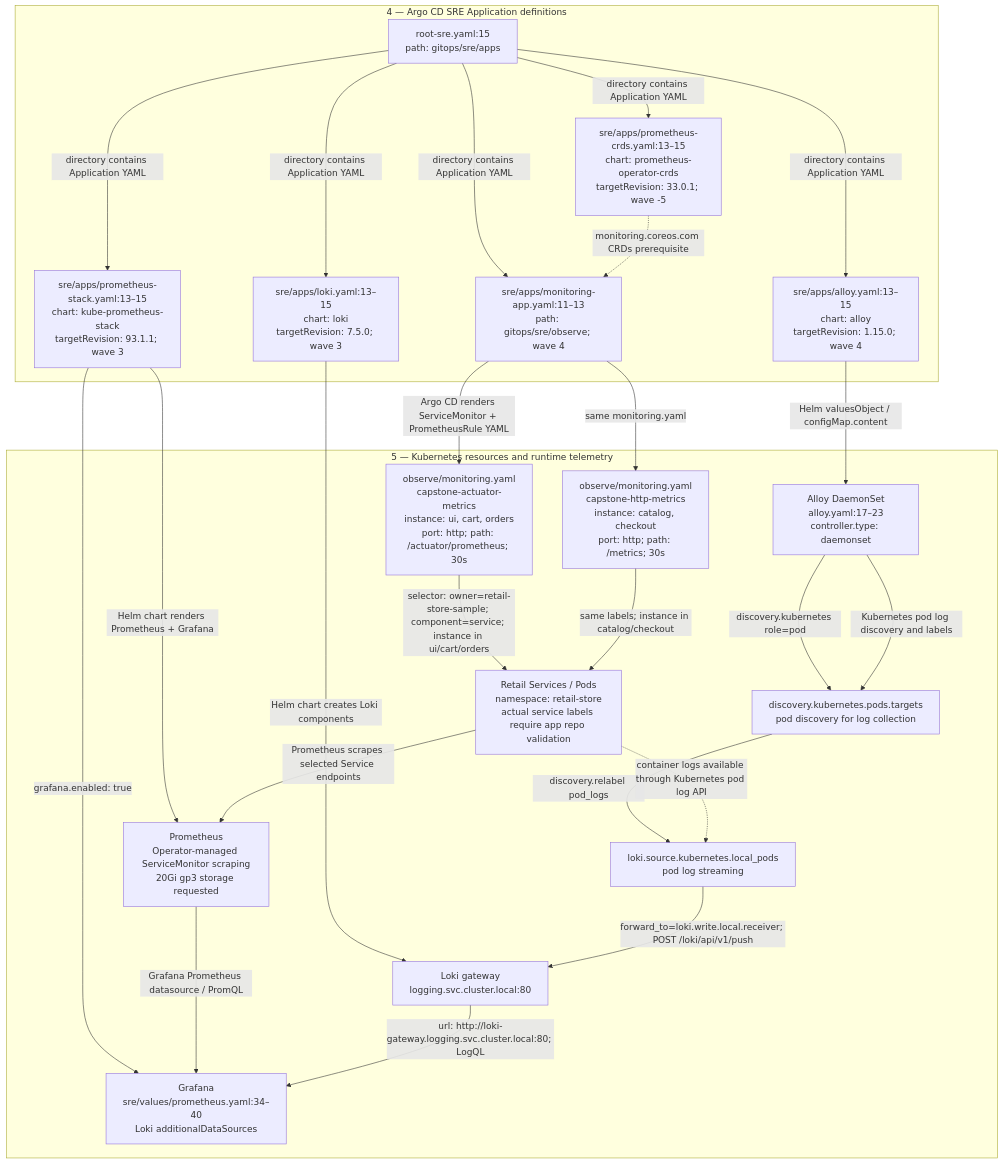
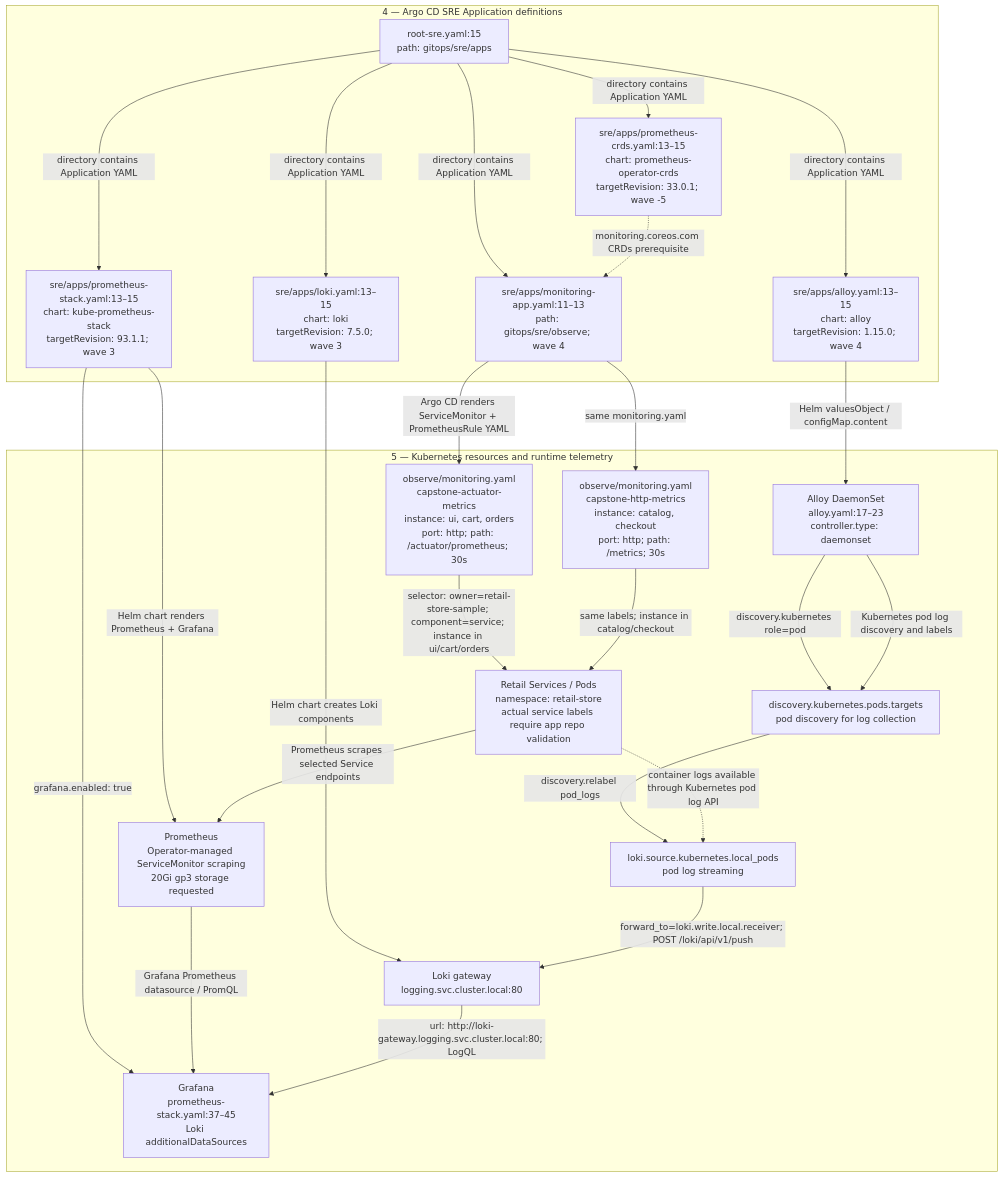
One commit to eugenewongyj/cloud-ntu-capstone-group2-infra changed the second of 12 diagrams in gitops/README.md. Above: the diagram before and after it, drawn with Mermaid. The commit also changed other lines of this file, not shown here.

````diff
--- a/gitops/README.md
+++ b/gitops/README.md
@@ -164,44 +164,44 @@
 ```mermaid
 flowchart TB
   subgraph DECLARE["4 — Argo CD SRE Application definitions"]
     RS["root-sre.yaml:15<br/>path: gitops/sre/apps"]
     CRD["sre/apps/prometheus-crds.yaml:13–15<br/>chart: prometheus-operator-crds<br/>targetRevision: 33.0.1; wave -5"]
     PROM["sre/apps/prometheus-stack.yaml:13–15<br/>chart: kube-prometheus-stack<br/>targetRevision: 93.1.1; wave 3"]
     ALLOY["sre/apps/alloy.yaml:13–15<br/>chart: alloy<br/>targetRevision: 1.15.0; wave 4"]
     LOKI["sre/apps/loki.yaml:13–15<br/>chart: loki<br/>targetRevision: 7.5.0; wave 3"]
     MON["sre/apps/monitoring-app.yaml:11–13<br/>path: gitops/sre/observe; wave 4"]
     RS -->|"directory contains Application YAML"| CRD
     RS -->|"directory contains Application YAML"| PROM
     RS -->|"directory contains Application YAML"| ALLOY
     RS -->|"directory contains Application YAML"| LOKI
     RS -->|"directory contains Application YAML"| MON
   end
   CRD -.->|"monitoring.coreos.com CRDs prerequisite"| MON
   subgraph RUNTIME["5 — Kubernetes resources and runtime telemetry"]
     RETAIL["Retail Services / Pods<br/>namespace: retail-store<br/>actual service labels require app repo validation"]
     SM1["observe/monitoring.yaml<br/>capstone-actuator-metrics<br/>instance: ui, cart, orders<br/>port: http; path: /actuator/prometheus; 30s"]
     SM2["observe/monitoring.yaml<br/>capstone-http-metrics<br/>instance: catalog, checkout<br/>port: http; path: /metrics; 30s"]
     P["Prometheus<br/>Operator-managed ServiceMonitor scraping<br/>20Gi gp3 storage requested"]
     A["Alloy DaemonSet<br/>alloy.yaml:17–23<br/>controller.type: daemonset"]
     D["discovery.kubernetes.pods.targets<br/>pod discovery for log collection"]
     LOG["loki.source.kubernetes.local_pods<br/>pod log streaming"]
     L["Loki gateway<br/>logging.svc.cluster.local:80"]
-    G["Grafana<br/>sre/values/prometheus.yaml:34–40<br/>Loki additionalDataSources"]
+    G["Grafana<br/>prometheus-stack.yaml:37–45<br/>Loki additionalDataSources"]
   end
   MON -->|"Argo CD renders ServiceMonitor + PrometheusRule YAML"| SM1
   MON -->|"same monitoring.yaml"| SM2
   PROM -->|"Helm chart renders Prometheus + Grafana"| P
   PROM -->|"grafana.enabled: true"| G
   ALLOY -->|"Helm valuesObject / configMap.content"| A
   LOKI -->|"Helm chart creates Loki components"| L
   SM1 -->|"selector: owner=retail-store-sample; component=service; instance in ui/cart/orders"| RETAIL
   SM2 -->|"same labels; instance in catalog/checkout"| RETAIL
   RETAIL -->|"Prometheus scrapes selected Service endpoints"| P
   A -->|"discovery.kubernetes role=pod"| D
   D -->|"discovery.relabel pod_logs"| LOG
   A -->|"Kubernetes pod log discovery and labels"| D
   RETAIL -.->|"container logs available through Kubernetes pod log API"| LOG
   LOG -->|"forward_to=loki.write.local.receiver; POST /loki/api/v1/push"| L
   P -->|"Grafana Prometheus datasource / PromQL"| G
   L -->|"url: http://loki-gateway.logging.svc.cluster.local:80; LogQL"| G
 ```
````
